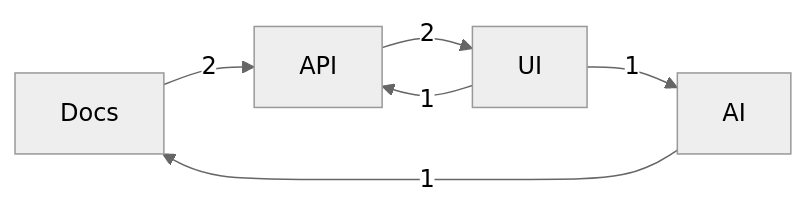
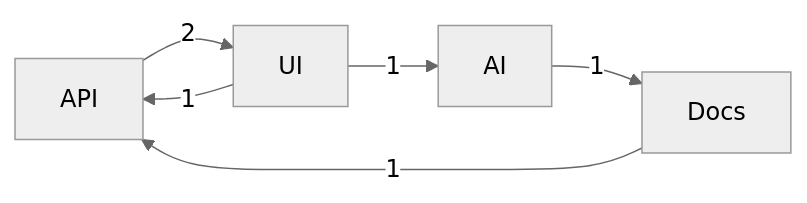
Before and after one commit to DeepExtrema/deepextrema: the diagram in README.md, drawn with Mermaid (neutral theme). The commit also changed other lines of this file and 7 other files, not shown here.

````diff
--- a/README.md
+++ b/README.md
@@ -219,8 +220,8 @@
 ```mermaid
 graph LR
-    Docs -->|2| API
     API -->|2| UI
+    Docs -->|1| API
     UI -->|1| API
     UI -->|1| AI
     AI -->|1| Docs
 ```
````
